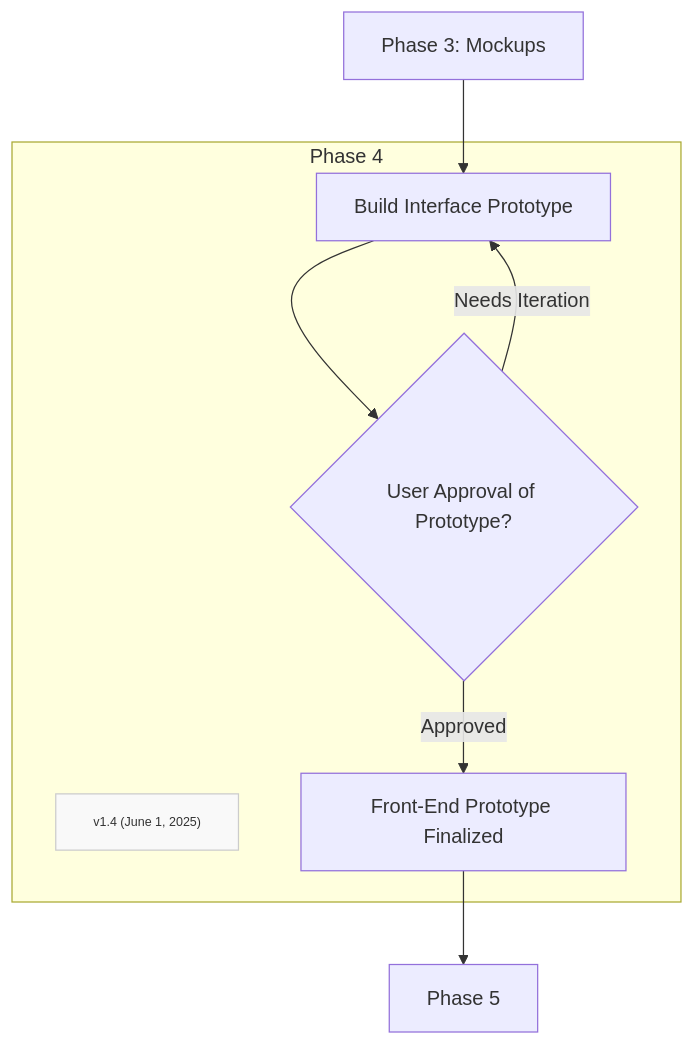
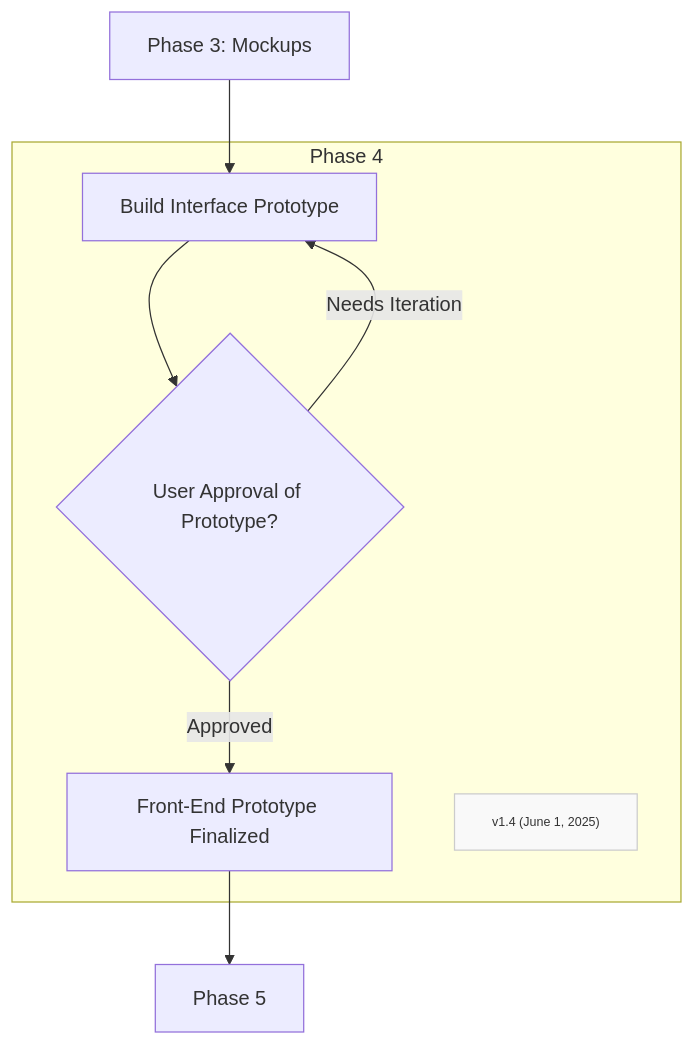
The diagram in Method/FF-phase4.md (Mharbulous/Front-First-Method), drawn with Mermaid before and after one commit.

Commit message:
Refinement

````diff
--- a/Method/FF-phase4.md
+++ b/Method/FF-phase4.md
@@ -2,18 +2,19 @@
 ```mermaid
 graph TD
     
 B1["Phase 3: Mockups"]  --> B2["Build Interface Prototype"] 
 
     subgraph Phase4["Phase 4"]
         B2 --> B3_Val{"User Approval of Prototype?"}
         B3_Val -->|Needs Iteration| B2
+        B3_Val -->|Approved| C_Spec["Front-End Prototype Finalized"]
         Version["v1.4 (June 1, 2025)"]
         classDef version fill:#f9f9f9,stroke:#ccc,font-size:10px
         class Version version
-        B3_Val -->|Approved| C_Spec["Front-End Prototype Finalized"]
+        
     end
 
 C_Spec["Front-End Prototype Finalized"] --> Phase5["Phase 5"]
 
 
 ```
````
